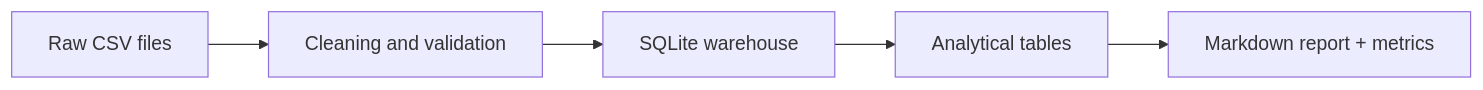
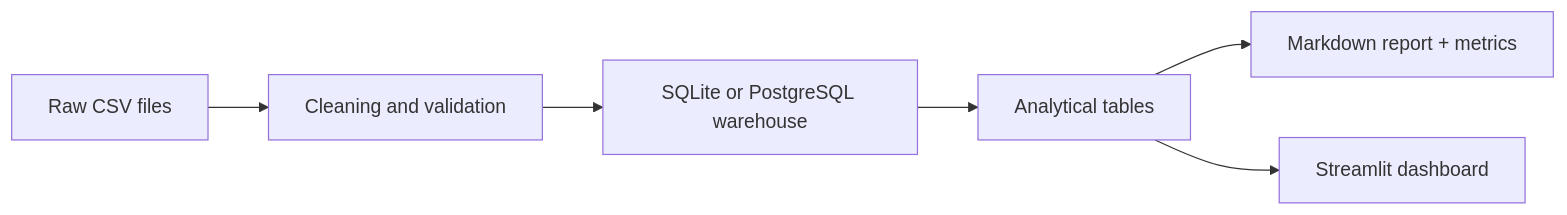
The diagram in README.md (angboda6-web/Portfolio-Bigdata), drawn with Mermaid before and after one commit. The commit also changed other lines of this file and 10 other files, not shown here.

Commit message:
Add PostgreSQL support and Streamlit dashboard

````diff
--- a/README.md
+++ b/README.md
@@ -21,7 +22,8 @@
 ```mermaid
 flowchart LR
     A["Raw CSV files"] --> B["Cleaning and validation"]
-    B --> C["SQLite warehouse"]
+    B --> C["SQLite or PostgreSQL warehouse"]
     C --> D["Analytical tables"]
     D --> E["Markdown report + metrics"]
+    D --> F["Streamlit dashboard"]
 ```
````
